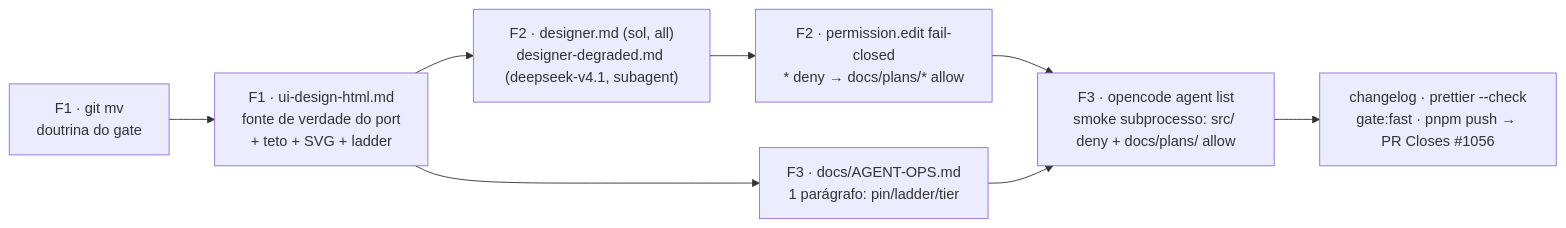
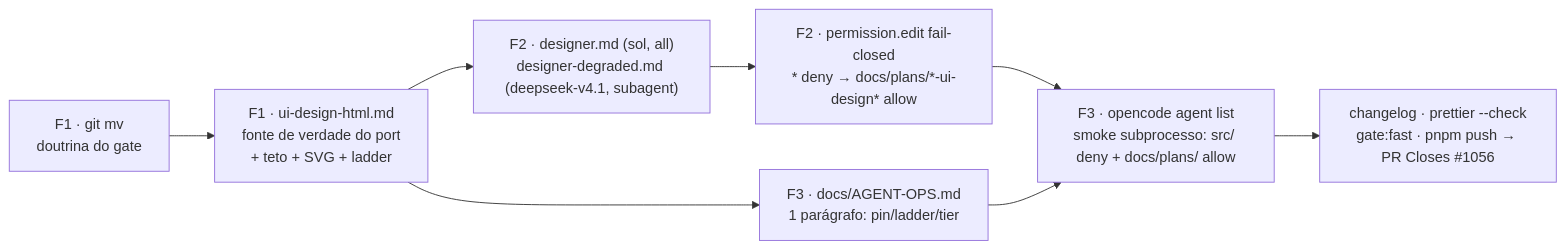
Before and after one commit to fsolla/teqo: the diagram in docs/plans/ops113-agentes-designer-e-designer-degraded-impl.md, drawn with Mermaid. The commit also changed other lines of this file and 5 other files, not shown here.

````diff
--- a/docs/plans/ops113-agentes-designer-e-designer-degraded-impl.md
+++ b/docs/plans/ops113-agentes-designer-e-designer-degraded-impl.md
@@ -30,10 +30,10 @@
 ```mermaid
 flowchart LR
   REN["F1 · git mv\ndoutrina do gate"] --> DOC["F1 · ui-design-html.md\nfonte de verdade do port\n+ teto + SVG + ladder"]
   DOC --> AG["F2 · designer.md (sol, all)\ndesigner-degraded.md (deepseek-v4.1, subagent)"]
-  AG --> PERM["F2 · permission.edit fail-closed\n* deny → docs/plans/* allow"]
+  AG --> PERM["F2 · permission.edit fail-closed\n* deny → docs/plans/*-ui-design* allow"]
   DOC --> OPS["F3 · docs/AGENT-OPS.md\n1 parágrafo: pin/ladder/tier"]
   PERM --> EV["F3 · opencode agent list\nsmoke subprocesso: src/ deny + docs/plans/ allow"]
   OPS --> EV
   EV --> GATES["changelog · prettier --check\ngate:fast · pnpm push → PR Closes #1056"]
 ```
````
